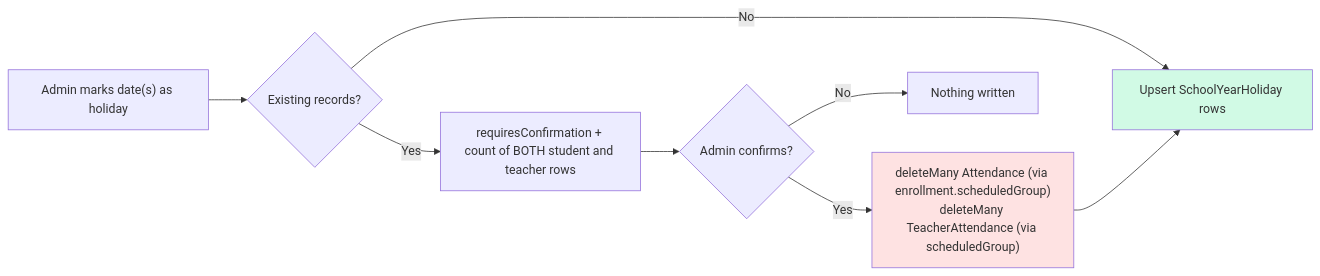
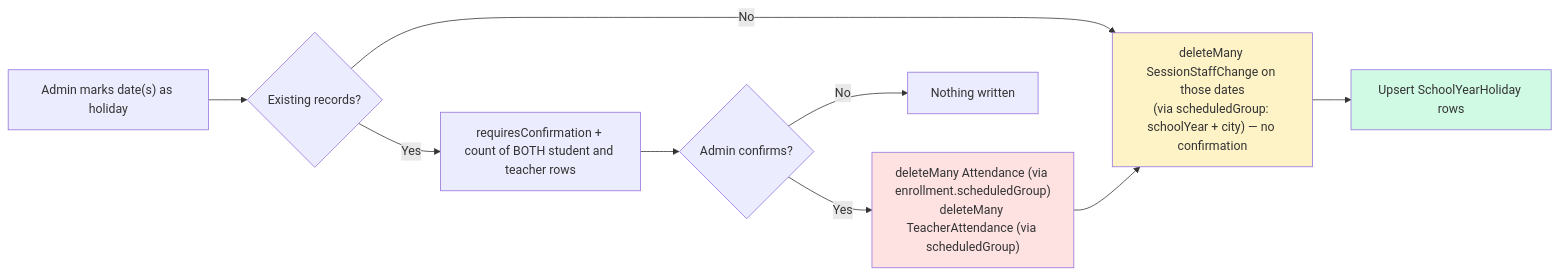
One commit to jpucic00/inovatic changed the tenth of 11 diagrams in docs/diagrams/attendance-flow.md. Above: the diagram before and after it, drawn with Mermaid. The commit also changed other lines of this file and 19 other files, not shown here.

````diff
--- a/docs/diagrams/attendance-flow.md
+++ b/docs/diagrams/attendance-flow.md
@@ -248,13 +288,15 @@
 ```mermaid
 flowchart LR
     A["Admin marks date(s) as holiday"] --> B{Existing records?}
-    B -->|No| SAVE["Upsert SchoolYearHoliday rows"]
+    B -->|No| SSC["deleteMany SessionStaffChange on those dates<br/>(via scheduledGroup: schoolYear + city) — no confirmation"]
     B -->|Yes| WARN["requiresConfirmation + count of BOTH student and teacher rows"]
     WARN --> C{Admin confirms?}
     C -->|No| STOP["Nothing written"]
     C -->|Yes| DEL["deleteMany Attendance (via enrollment.scheduledGroup)<br/>deleteMany TeacherAttendance (via scheduledGroup)"]
-    DEL --> SAVE
+    DEL --> SSC
+    SSC --> SAVE["Upsert SchoolYearHoliday rows"]
 
     style DEL fill:#fee2e2
+    style SSC fill:#fef3c7
     style SAVE fill:#d1fae5
 ```
````
